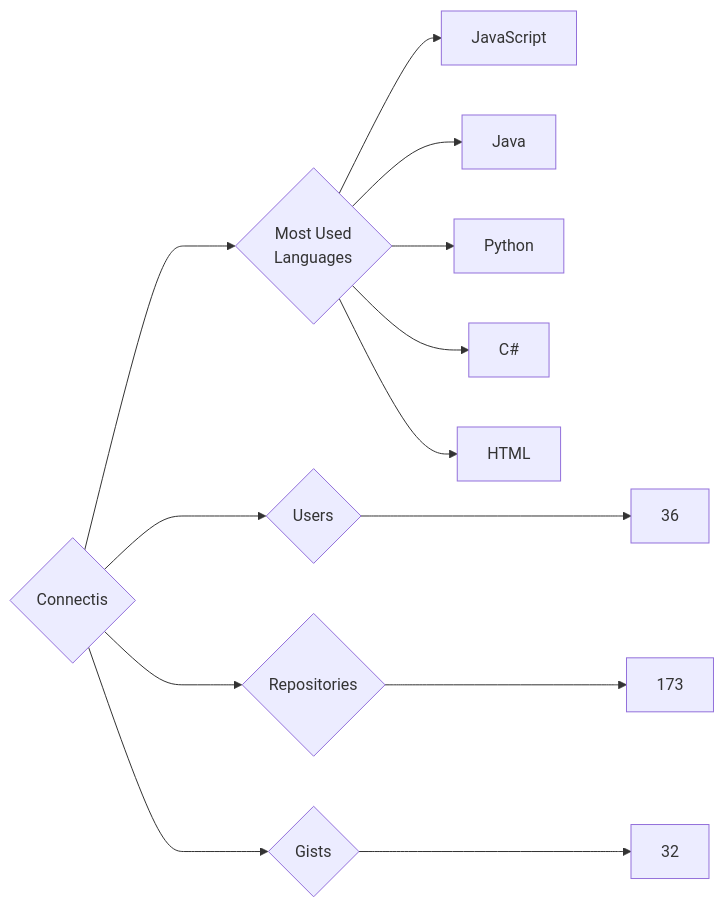
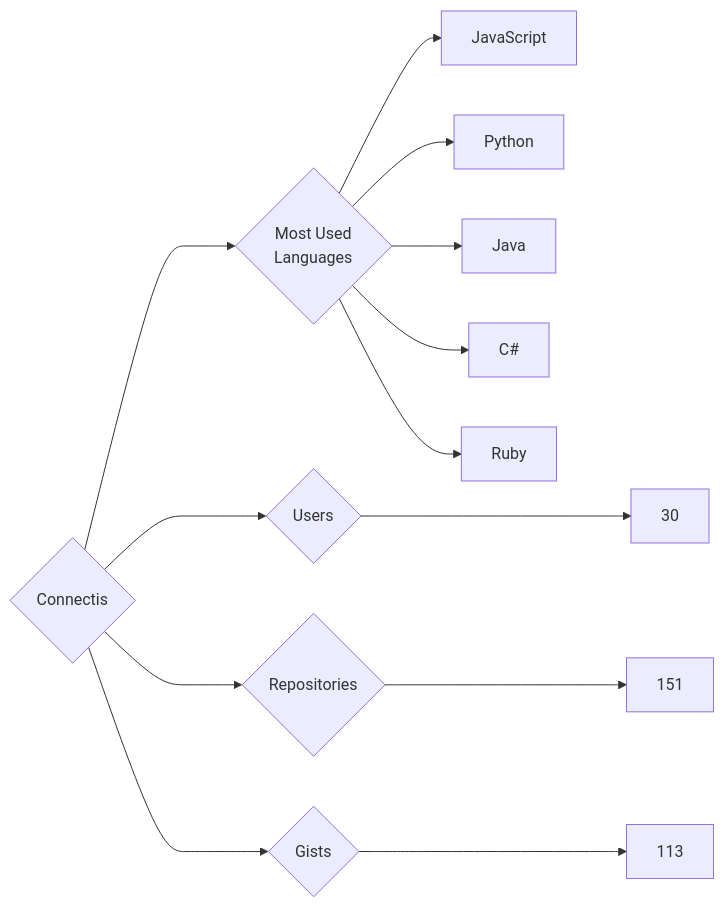
The diagram in targets/Connectis/README.md (trickest/insiders), drawn with Mermaid before and after one commit. The commit also changed 1084 other files, not shown here.

````diff
--- a/targets/Connectis/README.md
+++ b/targets/Connectis/README.md
@@ -3,13 +3,13 @@
 ```mermaid
 graph LR
 COMPANY_NAME{Connectis}
-COMPANY_NAME ---> U{Users} ---> UN[36]
-COMPANY_NAME ---> R{Repositories} ---> RN[173]
-COMPANY_NAME ---> G{Gists} ---> GN[32]
+COMPANY_NAME ---> U{Users} ---> UN[30]
+COMPANY_NAME ---> R{Repositories} ---> RN[151]
+COMPANY_NAME ---> G{Gists} ---> GN[113]
 COMPANY_NAME ---> ML{Most Used<br>Languages}
 ML --> JavaScript[JavaScript]
+ML --> Python[Python]
 ML --> Java[Java]
-ML --> Python[Python]
 ML --> C#[C#]
-ML --> HTML[HTML]
+ML --> Ruby[Ruby]
 ```
````
